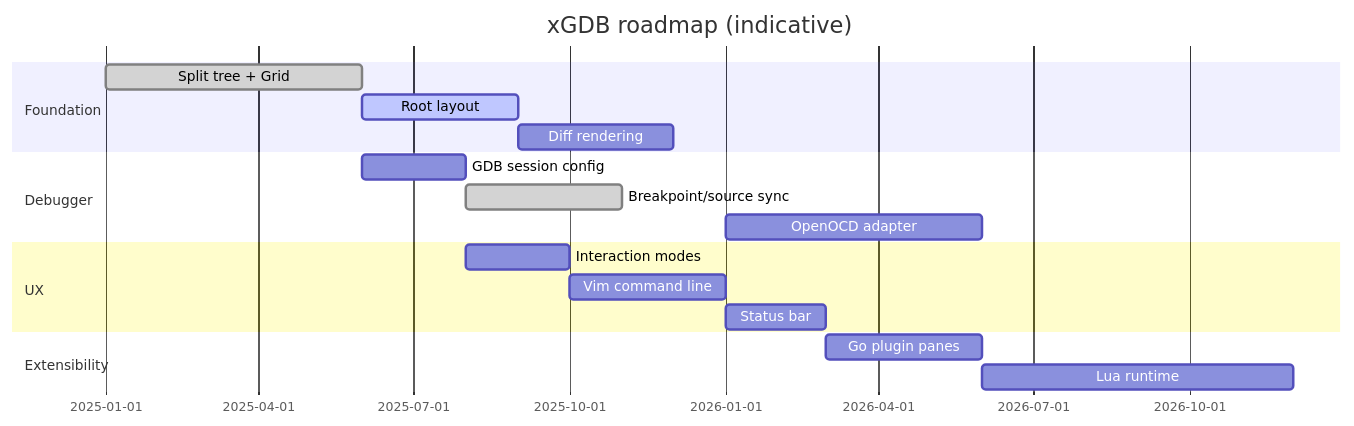
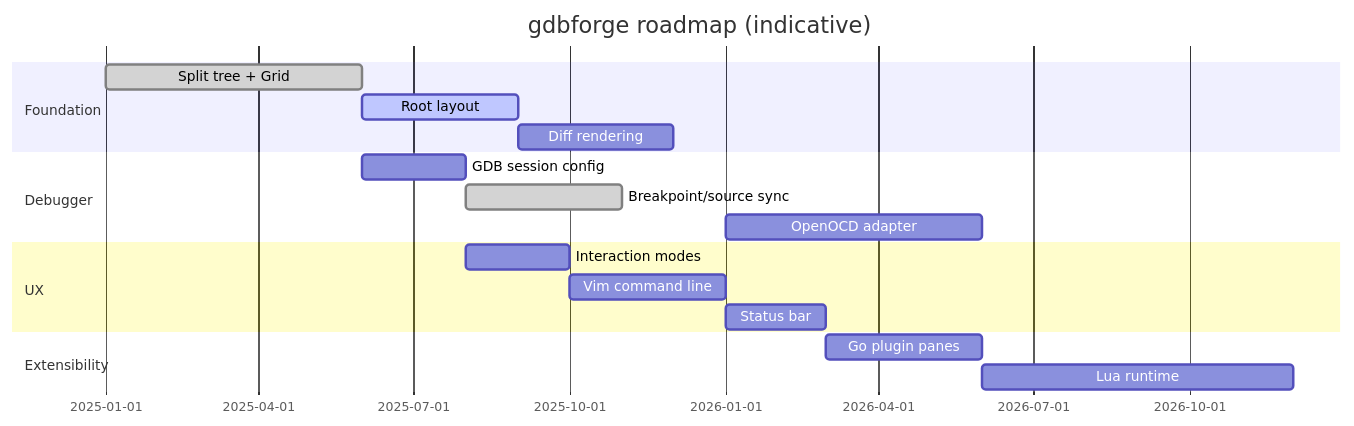
One commit to yairgd/gdbforge changed the diagram in docs/ROADMAP.md. Above: the diagram before and after it, drawn with Mermaid. The commit also changed other lines of this file and 132 other files, not shown here.

````diff
--- a/docs/ROADMAP.md
+++ b/docs/ROADMAP.md
@@ -69,20 +69,20 @@
 ```mermaid
 gantt
-    title xGDB roadmap (indicative)
+    title gdbforge roadmap (indicative)
     dateFormat YYYY-MM
     section Foundation
         Split tree + Grid           :done, m1, 2025-01, 2025-06
         Root layout                 :active, m2, 2025-06, 2025-09
         Diff rendering              :m3, 2025-09, 2025-12
     section Debugger
         GDB session config          :m4, 2025-06, 2025-08
         Breakpoint/source sync      :done, m5, 2025-08, 2025-11
         OpenOCD adapter             :m6, 2026-01, 2026-06
     section UX
         Interaction modes           :m7, 2025-08, 2025-10
         Vim command line            :m8, 2025-10, 2026-01
         Status bar                  :m9, 2026-01, 2026-03
     section Extensibility
         Go plugin panes             :m10, 2026-03, 2026-06
         Lua runtime                 :m11, 2026-06, 2026-12
 ```
````
